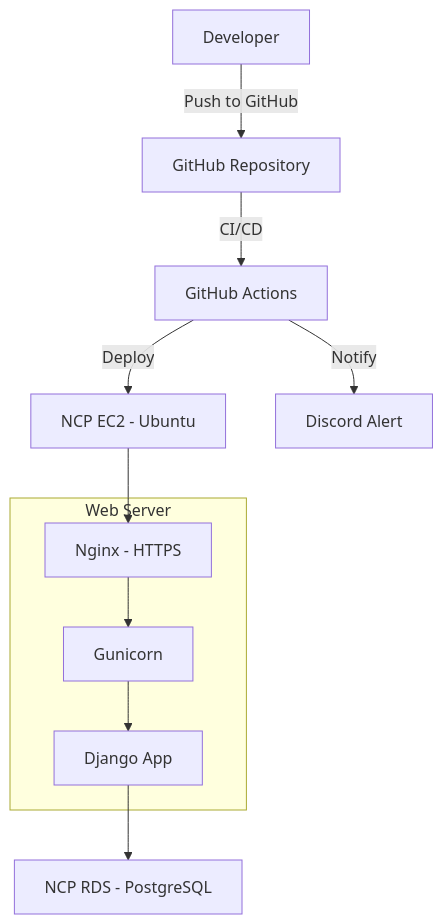
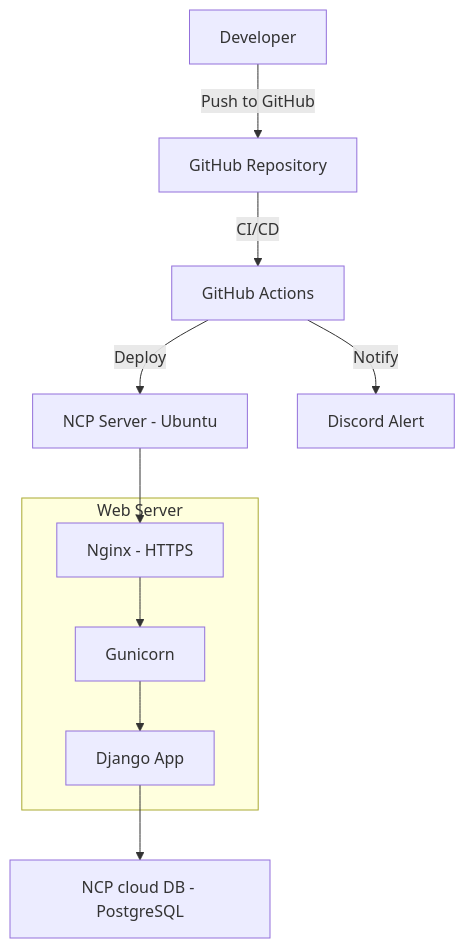
One commit to SleepNFocus/backend changed the diagram in README.md. Above: the diagram before and after it, drawn with Mermaid.

````diff
--- a/README.md
+++ b/README.md
@@ -110,19 +110,19 @@
 ```mermaid
 graph TD
   Developer[Developer] -->|Push to GitHub| GitHub[GitHub Repository]
   GitHub -->|CI/CD| GitHubActions[GitHub Actions]
-  GitHubActions -->|Deploy| EC2[NCP EC2 - Ubuntu]
+  GitHubActions -->|Deploy| EC2[NCP Server - Ubuntu]
   GitHubActions -->|Notify| Discord[Discord Alert]
 
   subgraph Web Server
     Nginx[Nginx - HTTPS]
     Gunicorn[Gunicorn]
     Django[Django App]
   end
 
   EC2 --> Nginx
   Nginx --> Gunicorn
   Gunicorn --> Django
 
-  Django --> PostgreSQL[NCP RDS - PostgreSQL]
+  Django --> PostgreSQL[NCP cloud DB - PostgreSQL]
 ```
````
